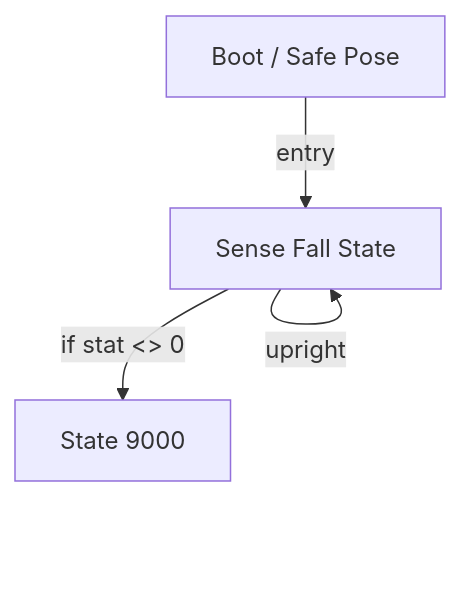
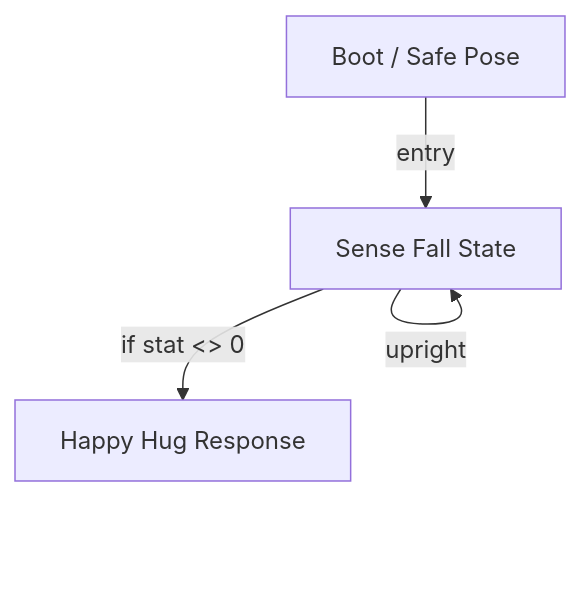
The diagram in src/R-CODE/generated/Holdup.behavior.md (cartheur-aibo/aibo-lab), drawn with Mermaid before and after one commit. The commit also changed other lines of this file and 38 other files, not shown here.

````diff
--- a/src/R-CODE/generated/Holdup.behavior.md
+++ b/src/R-CODE/generated/Holdup.behavior.md
@@ -33,9 +33,9 @@
 ```mermaid
 flowchart TD
     S_INIT["Boot / Safe Pose"]
     S_100["Sense Fall State"]
-    S_9000["State 9000"]
+    S_9000["Happy Hug Response"]
     S_INIT -->|entry| S_100
     S_100 -->|if stat <> 0| S_9000
     S_100 -->|upright| S_100
 ```
````
